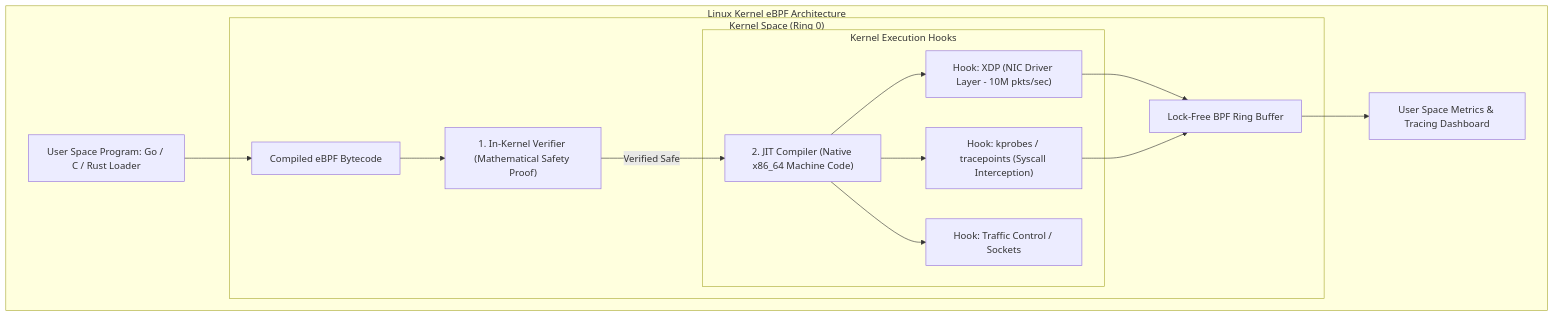
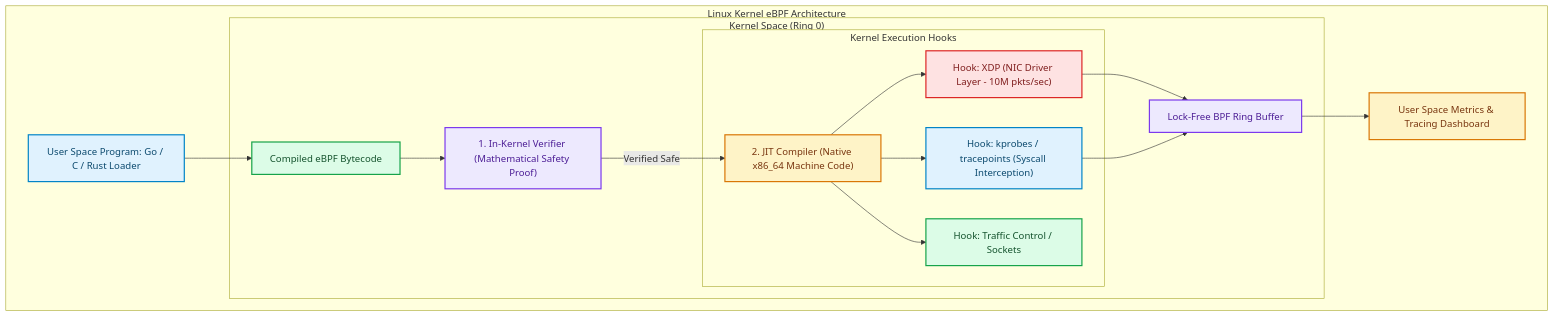
The first of 2 diagrams in blog/posts/linux-ebpf-internals-programmable-kernel-xdp-packet-filtering.md (akmalkhaniub/akmalkhaniub.github.io), drawn with Mermaid before and after one commit. The commit also changed other lines of this file and 1291 other files, not shown here.

First line of the commit message:
feat(catalog): unique covers, scholarly references, and diagram palettes

````diff
--- a/blog/posts/linux-ebpf-internals-programmable-kernel-xdp-packet-filtering.md
+++ b/blog/posts/linux-ebpf-internals-programmable-kernel-xdp-packet-filtering.md
@@ -14,21 +14,32 @@
 ```mermaid
 flowchart TD
   subgraph SG1_LinuxKernelEbpf ["Linux Kernel eBPF Architecture"]
-    UserProg[User Space Program: Go / C / Rust Loader] --> BPFBytecode[Compiled eBPF Bytecode]
+    UserProg["User Space Program: Go / C / Rust Loader"] --> BPFBytecode["Compiled eBPF Bytecode"]
     
     subgraph SG2_KernelSpaceRing ["Kernel Space (Ring 0)"]
       BPFBytecode --> Verifier["1. In-Kernel Verifier (Mathematical Safety Proof)"]
       Verifier -->|Verified Safe| JIT["2. JIT Compiler (Native x86_64 Machine Code)"]
       
       subgraph SG3_KernelExecutionHooks ["Kernel Execution Hooks"]
         JIT --> XDP["Hook: XDP (NIC Driver Layer - 10M pkts/sec)"]
         JIT --> Kprobe["Hook: kprobes / tracepoints (Syscall Interception)"]
         JIT --> TC["Hook: Traffic Control / Sockets"]
       end
       
-      XDP & Kprobe --> RingBuffer[Lock-Free BPF Ring Buffer]
+      XDP & Kprobe --> RingBuffer["Lock-Free BPF Ring Buffer"]
     end
     
-    RingBuffer --> UserMetrics[User Space Metrics & Tracing Dashboard]
+    RingBuffer --> UserMetrics["User Space Metrics & Tracing Dashboard"]
   end
+
+classDef green fill:#dcfce7,stroke:#16a34a,stroke-width:2px,color:#14532d;
+classDef red fill:#fee2e2,stroke:#dc2626,stroke-width:2px,color:#7f1d1d;
+classDef blue fill:#e0f2fe,stroke:#0284c7,stroke-width:2px,color:#0c4a6e;
+classDef yellow fill:#fef3c7,stroke:#d97706,stroke-width:2px,color:#78350f;
+classDef purple fill:#ede9fe,stroke:#7c3aed,stroke-width:2px,color:#4c1d95;
+class UserProg,Kprobe blue
+class BPFBytecode,TC green
+class Verifier,RingBuffer purple
+class JIT,UserMetrics yellow
+class XDP red
 ```
````
